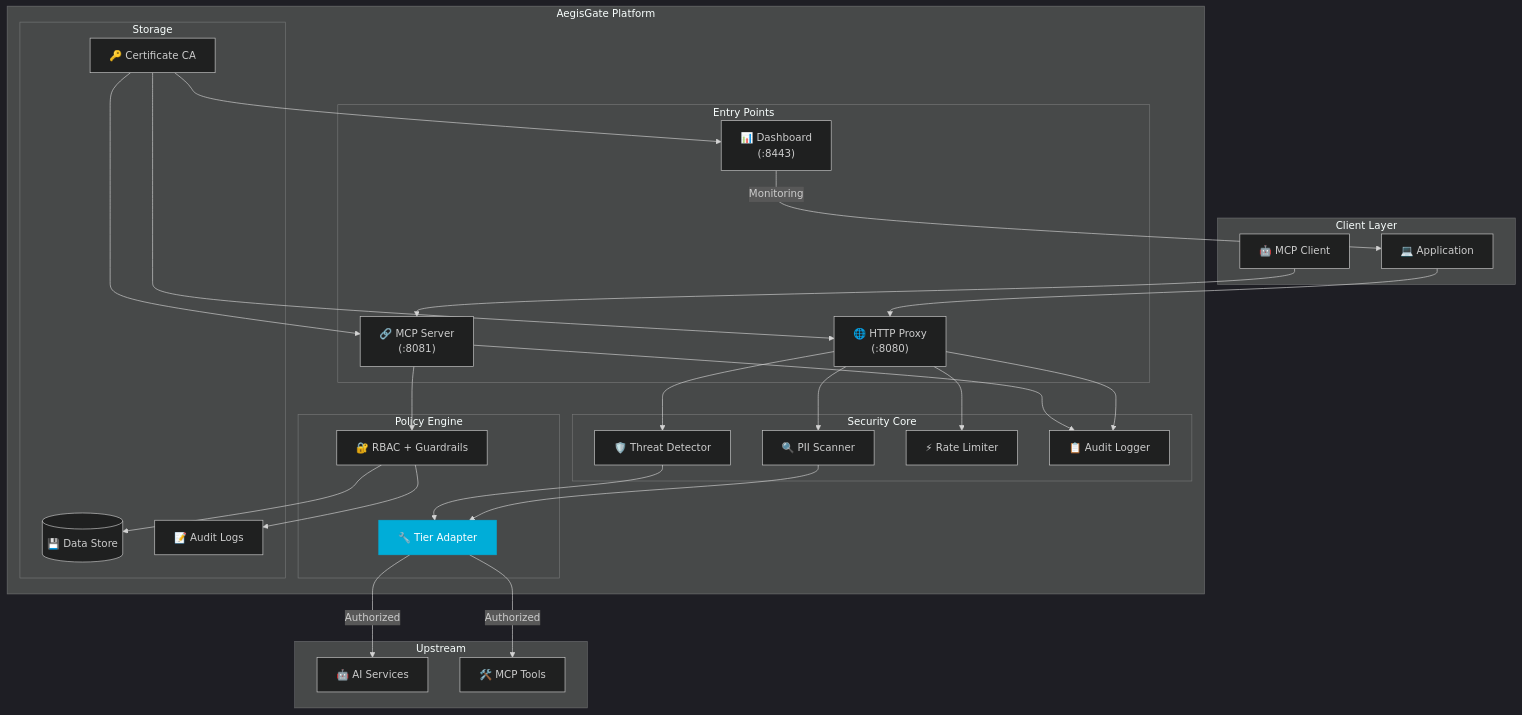
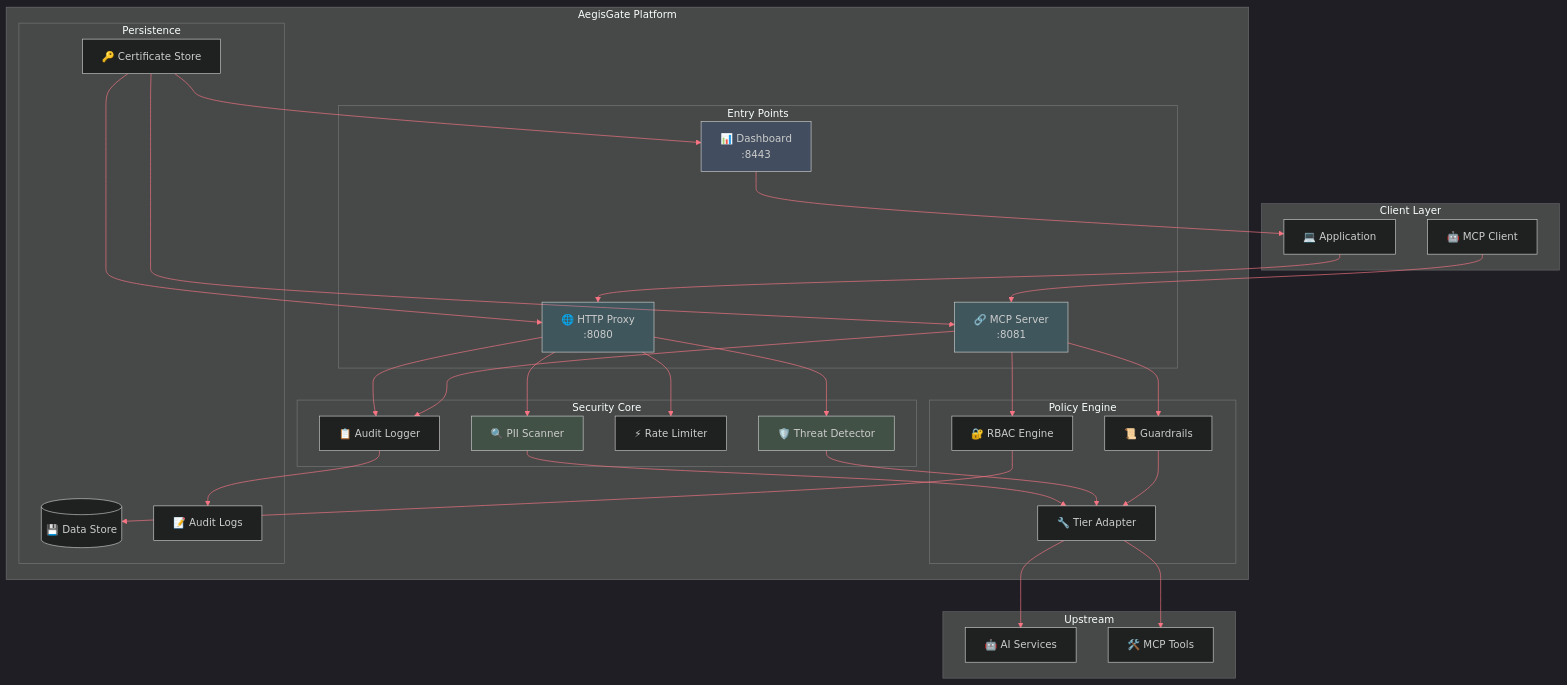
Before and after one commit to aegisgatesecurity/aegisgate-platform: the first of 2 diagrams in README.md, drawn with Mermaid. The commit also changed other lines of this file and 1 other file, not shown here.

````diff
--- a/README.md
+++ b/README.md
@@ -130,56 +48,64 @@
 ```mermaid
-%%{init: {'theme': 'dark'}}%%
+%%{init: {'theme': 'dark', 'themeVariables': { 'primaryColor': '#00ADD8', 'primaryBorderColor': '#00ADD8', 'lineColor': '#F97583', 'secondaryColor': '#238636', 'tertiaryColor': '#1f6feb'}}}%%
+
 flowchart TB
     subgraph "Client Layer"
         A[💻 Application]
         B[🤖 MCP Client]
     end
 
     subgraph "AegisGate Platform"
         subgraph "Entry Points"
-            C["🌐 HTTP Proxy\n(:8080)"]
-            D["🔗 MCP Server\n(:8081)"]
-            E["📊 Dashboard\n(:8443)"]
+            C["🌐 HTTP Proxy\n:8080"]
+            D["🔗 MCP Server\n:8081"]
+            E["📊 Dashboard\n:8443"]
         end
         
         subgraph "Security Core"
             F[🔍 PII Scanner]
             G[🛡️ Threat Detector]
             H[⚡ Rate Limiter]
             I[📋 Audit Logger]
         end
         
         subgraph "Policy Engine"
-            J["🔐 RBAC + Guardrails"]
-            K[🔧 Tier Adapter]
+            J["🔐 RBAC Engine"]
+            K[📜 Guardrails]
+            L[🔧 Tier Adapter]
         end
         
-        subgraph "Storage"
+        subgraph "Persistence"
             M[(💾 Data Store)]
             N["📝 Audit Logs"]
-            O["🔑 Certificate CA"]
+            O["🔑 Certificate Store"]
         end
     end
     
     subgraph "Upstream"
         P[🤖 AI Services]
         Q[🛠️ MCP Tools]
     end
 
     A --> C
     B --> D
-    E -->|Monitoring| A
+    E --> A
     
     C --> F & G & H & I
-    D --> J & I
+    D --> J & K & I
     
-    F & G --> K
-    J --> M & N
+    F --> L
+    G --> L
+    K --> L
+    
+    L --> P & Q
+    
+    I --> N
+    J --> M
     O --> C & D & E
     
-    K -->|Authorized| P & Q
-
-    style K fill:#00ADD8,stroke:#00ADD8,color:#fff
-    style F fill:#2386362
-    style G fill:#2386362
+    style C fill:#00ADD822
+    style D fill:#00ADD822
+    style E fill:#1f6feb22
+    style F fill:#23863622
+    style G fill:#23863622
 ```
````
